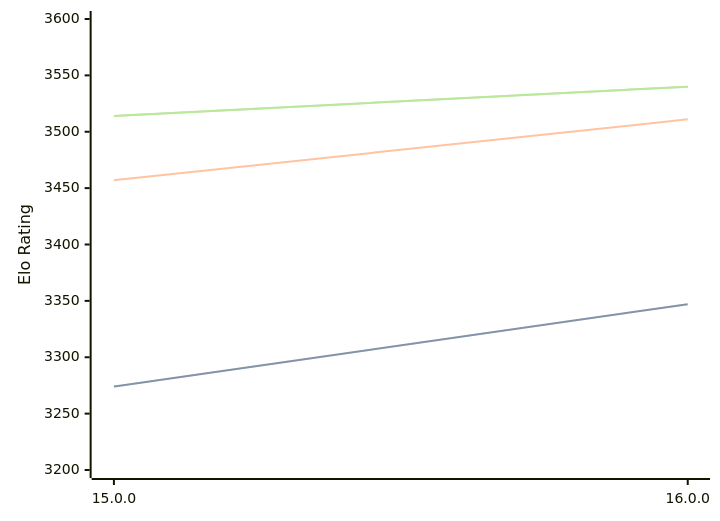
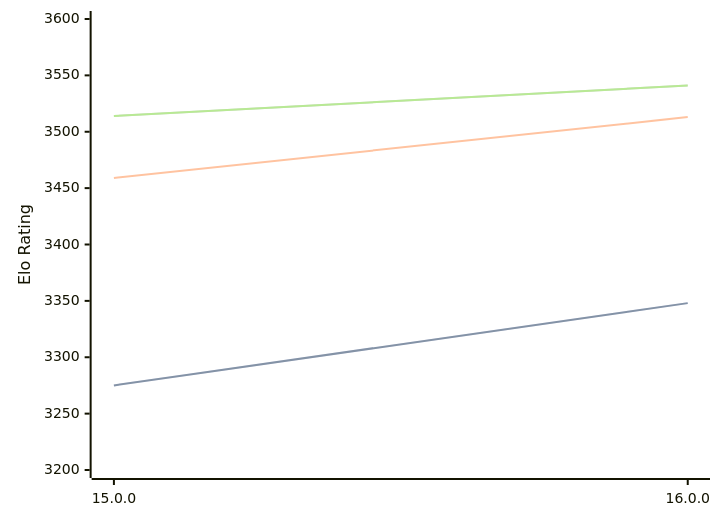
Before and after one commit to computer-chess-index/cci: the third of 3 diagrams in engines/Halogen.md, drawn with Mermaid. The commit also changed other lines of this file, not shown here.

Commit message:
Update CCI Ratings (ELO VLTC) - 2026-07-02

````diff
--- a/engines/Halogen.md
+++ b/engines/Halogen.md
@@ -83,11 +83,11 @@
 ```mermaid
 %%{init: {"theme":"base","themeVariables":{"seriesColors:['#a3a3a3','#222221','#faa371']}}}%%
 xychart-beta
   x-axis ["15.0.0", "16.0.0"]
   y-axis "Elo Rating" 3200 --> 3600
-  line "STC (8.0+0.08s)" [3274, 3347]
-  line "STC (8.0+0.08s)" [3274, 3347]
-  line "LTC (60.0+0.60s)" [3457, 3511]
-  line "VLTC (2m24s+1.12s)" [3514, 3540]
-  line "VLTC (2m24s+1.12s)" [3514, 3540]
+  line "STC (8.0+0.08s)" [3275, 3348]
+  line "STC (8.0+0.08s)" [3275, 3348]
+  line "LTC (60.0+0.60s)" [3459, 3513]
+  line "VLTC (2m24s+1.12s)" [3514, 3541]
+  line "VLTC (2m24s+1.12s)" [3514, 3541]
 ```
````
